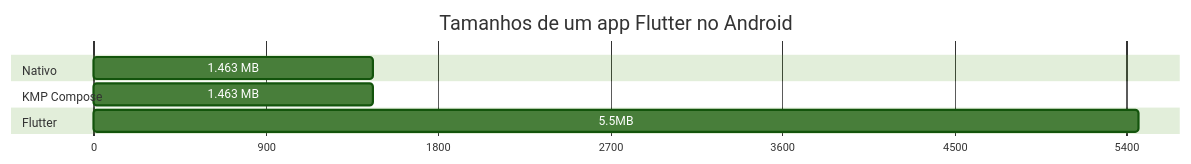
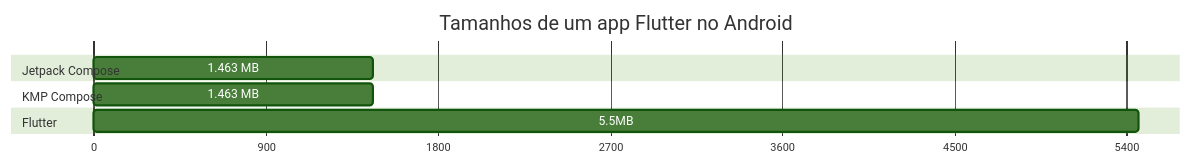
The ninth of 13 diagrams in posts/KMP101-parte1.md (rsicarelli/KMP-101), drawn with Mermaid (forest theme) before and after one commit. The commit also changed other lines of this file, not shown here.

Commit message:
added KMP arquitecture diagram

````diff
--- a/posts/KMP101-parte1.md
+++ b/posts/KMP101-parte1.md
@@ -341,12 +341,12 @@
 ```mermaid
 gantt
     title Tamanhos de um app Flutter no Android
     dateFormat X
     axisFormat %s
-    section Nativo
+    section Jetpack Compose
         1.463 MB: 0, 1463
     section KMP Compose
         1.463 MB: 0, 1463
     section Flutter
         5.5MB: 0, 5463
 ```
````
